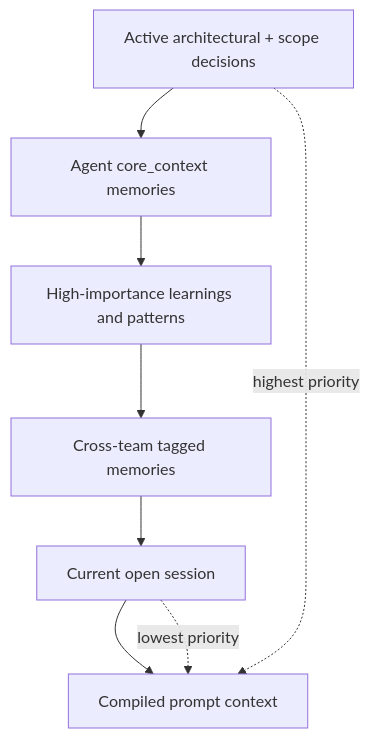
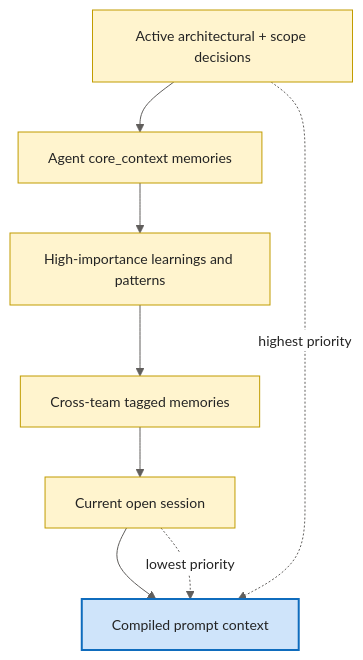
Before and after one commit to sabbour/agentweaver: the fifth of 6 diagrams in docs/deep-dive/memory-decisions.md, drawn with Mermaid. The commit also changed other lines of this file and 13 other files, not shown here.

````diff
--- a/docs/deep-dive/memory-decisions.md
+++ b/docs/deep-dive/memory-decisions.md
@@ -234,11 +286,23 @@
 ```mermaid
+%%{init: {'theme':'base','themeVariables':{'fontFamily':'Segoe UI, system-ui, -apple-system, sans-serif','fontSize':'14px','primaryColor':'#E8EEF9','primaryBorderColor':'#0F6CBD','primaryTextColor':'#242424','lineColor':'#605E5C','clusterBkg':'#FAF9F8','clusterBorder':'#D2D0CE','edgeLabelBackground':'#FFFFFF'}}}%%
 flowchart TD
     A[Active architectural + scope decisions] --> B[Agent core_context memories]
     B --> C[High-importance learnings and patterns]
     C --> D[Cross-team tagged memories]
     D --> E[Current open session]
     E --> F[Compiled prompt context]
 
     A -.highest priority.-> F
     E -.lowest priority.-> F
+
+    classDef client fill:#E8EEF9,stroke:#0F6CBD,stroke-width:1px,color:#242424;
+    classDef svc fill:#F3F2F1,stroke:#8A8886,stroke-width:1px,color:#242424;
+    classDef core fill:#CFE4FA,stroke:#0F6CBD,stroke-width:2px,color:#242424;
+    classDef data fill:#FFF4CE,stroke:#C19C00,stroke-width:1px,color:#242424;
+    classDef ext fill:#F0E8F8,stroke:#8764B8,stroke-width:1px,color:#242424;
+    classDef runtime fill:#DDF3DD,stroke:#107C10,stroke-width:1px,color:#242424;
+    classDef evt fill:#D6F0F0,stroke:#038387,stroke-width:1px,color:#242424;
+
+    class A,B,C,D,E data;
+    class F core;
 ```
````
